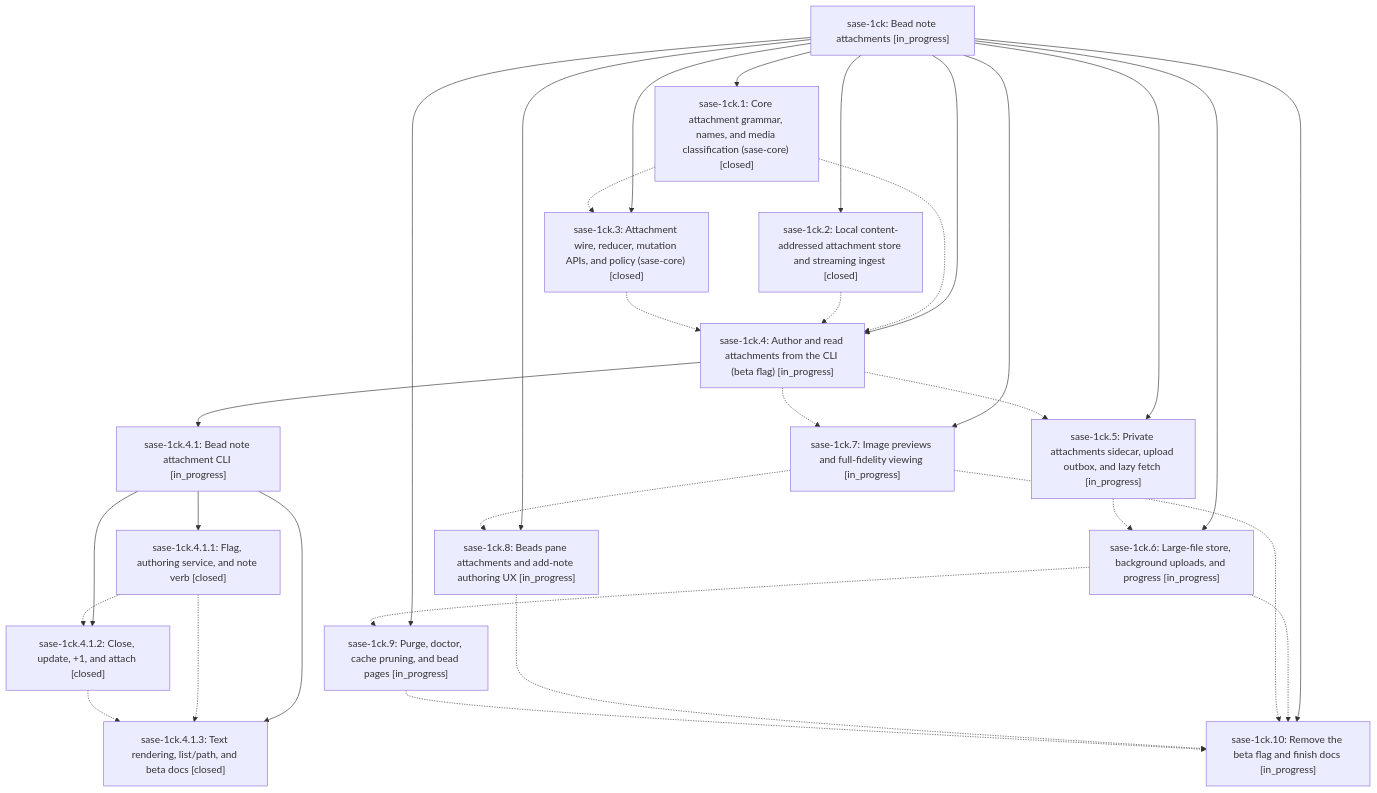
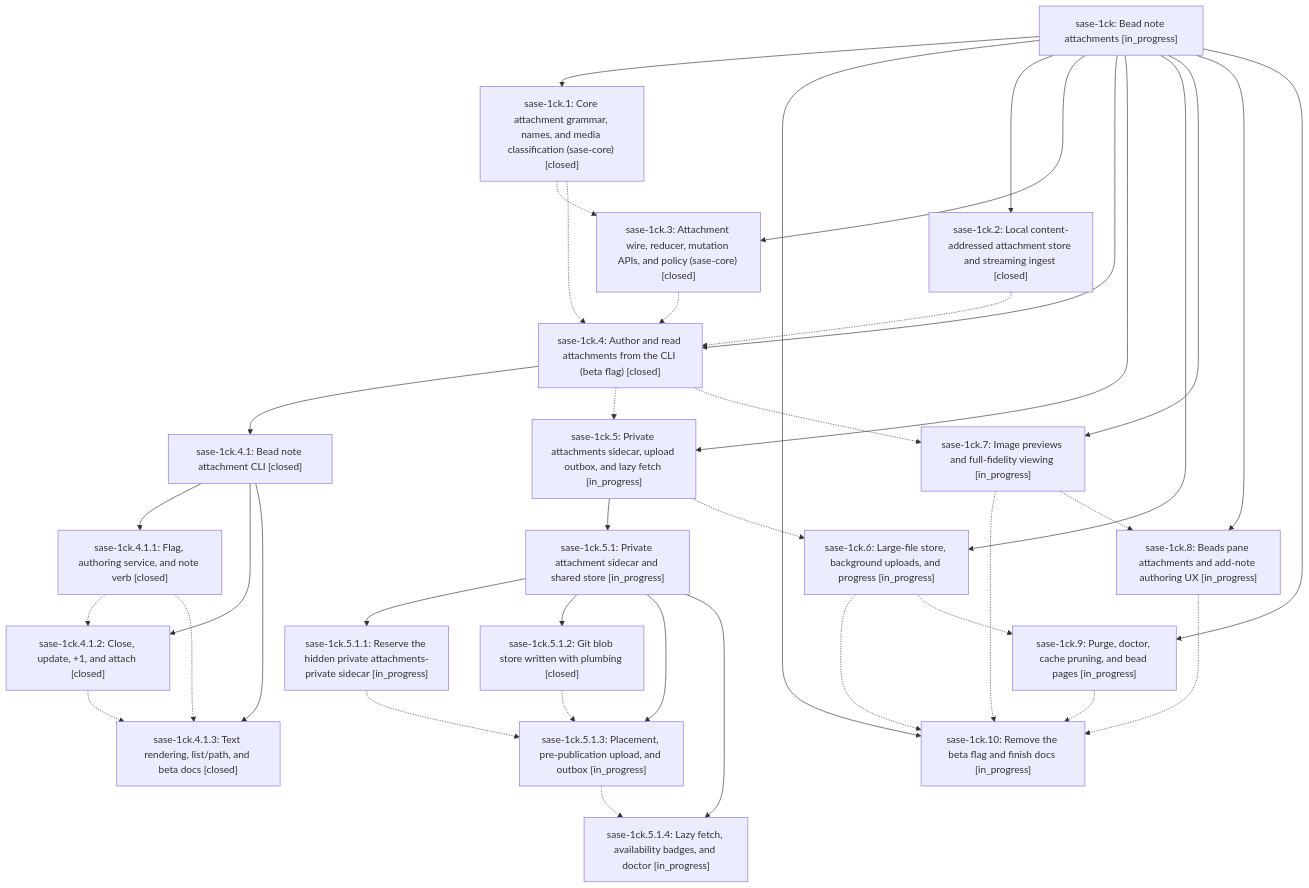
The diagram in pages/sase-1ck/README.md (sase-org/sase--beads), drawn with Mermaid before and after one commit. The commit also changed other lines of this file and 12 other files, not shown here.

First line of the commit message:
chore(beads): sync bead state and pages for sase-1ck

````diff
--- a/pages/sase-1ck/README.md
+++ b/pages/sase-1ck/README.md
@@ -49,48 +49,61 @@
 ```mermaid
 flowchart TD
     n0["sase-1ck: Bead note attachments [in_progress]"]
     n1["sase-1ck.1: Core attachment grammar, names, and media classification (sase-core) [closed]"]
     n2["sase-1ck.10: Remove the beta flag and finish docs [in_progress]"]
     n3["sase-1ck.2: Local content-addressed attachment store and streaming ingest [closed]"]
     n4["sase-1ck.3: Attachment wire, reducer, mutation APIs, and policy (sase-core) [closed]"]
-    n5["sase-1ck.4: Author and read attachments from the CLI (beta flag) [in_progress]"]
-    n6["sase-1ck.4.1: Bead note attachment CLI [in_progress]"]
+    n5["sase-1ck.4: Author and read attachments from the CLI (beta flag) [closed]"]
+    n6["sase-1ck.4.1: Bead note attachment CLI [closed]"]
     n7["sase-1ck.4.1.1: Flag, authoring service, and note verb [closed]"]
     n8["sase-1ck.4.1.2: Close, update, +1, and attach [closed]"]
     n9["sase-1ck.4.1.3: Text rendering, list/path, and beta docs [closed]"]
     n10["sase-1ck.5: Private attachments sidecar, upload outbox, and lazy fetch [in_progress]"]
-    n11["sase-1ck.6: Large-file store, background uploads, and progress [in_progress]"]
-    n12["sase-1ck.7: Image previews and full-fidelity viewing [in_progress]"]
-    n13["sase-1ck.8: Beads pane attachments and add-note authoring UX [in_progress]"]
-    n14["sase-1ck.9: Purge, doctor, cache pruning, and bead pages [in_progress]"]
+    n11["sase-1ck.5.1: Private attachment sidecar and shared store [in_progress]"]
+    n12["sase-1ck.5.1.1: Reserve the hidden private attachments-private sidecar [in_progress]"]
+    n13["sase-1ck.5.1.2: Git blob store written with plumbing [closed]"]
+    n14["sase-1ck.5.1.3: Placement, pre-publication upload, and outbox [in_progress]"]
+    n15["sase-1ck.5.1.4: Lazy fetch, availability badges, and doctor [in_progress]"]
+    n16["sase-1ck.6: Large-file store, background uploads, and progress [in_progress]"]
+    n17["sase-1ck.7: Image previews and full-fidelity viewing [in_progress]"]
+    n18["sase-1ck.8: Beads pane attachments and add-note authoring UX [in_progress]"]
+    n19["sase-1ck.9: Purge, doctor, cache pruning, and bead pages [in_progress]"]
     n0 --> n1
     n0 --> n2
     n0 --> n3
     n0 --> n4
     n0 --> n5
     n5 --> n6
     n6 --> n7
     n6 --> n8
     n6 --> n9
     n0 --> n10
-    n0 --> n11
-    n0 --> n12
-    n0 --> n13
-    n0 --> n14
+    n10 --> n11
+    n11 --> n12
+    n11 --> n13
+    n11 --> n14
+    n11 --> n15
+    n0 --> n16
+    n0 --> n17
+    n0 --> n18
+    n0 --> n19
     n1 -.-> n4
     n1 -.-> n5
     n3 -.-> n5
     n4 -.-> n5
     n5 -.-> n10
-    n5 -.-> n12
+    n5 -.-> n17
     n7 -.-> n8
     n7 -.-> n9
     n8 -.-> n9
-    n10 -.-> n11
-    n11 -.-> n2
-    n11 -.-> n14
-    n12 -.-> n2
-    n12 -.-> n13
-    n13 -.-> n2
-    n14 -.-> n2
+    n10 -.-> n16
+    n12 -.-> n14
+    n13 -.-> n14
+    n14 -.-> n15
+    n16 -.-> n2
+    n16 -.-> n19
+    n17 -.-> n2
+    n17 -.-> n18
+    n18 -.-> n2
+    n19 -.-> n2
 ```
````
